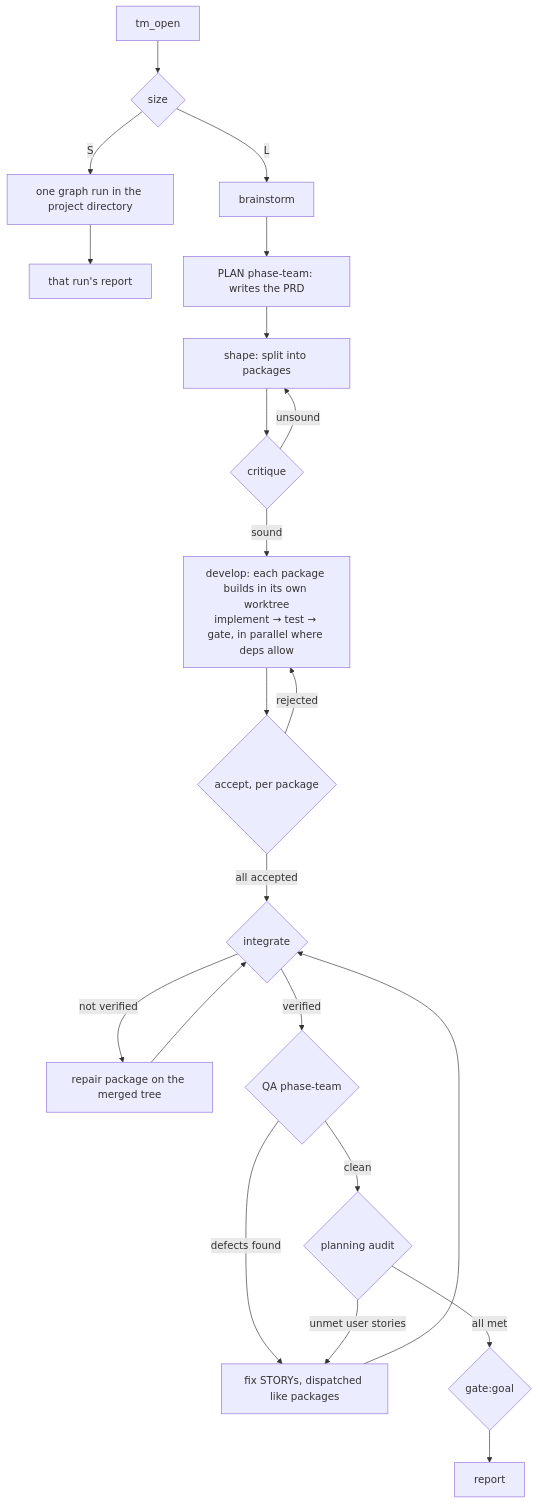
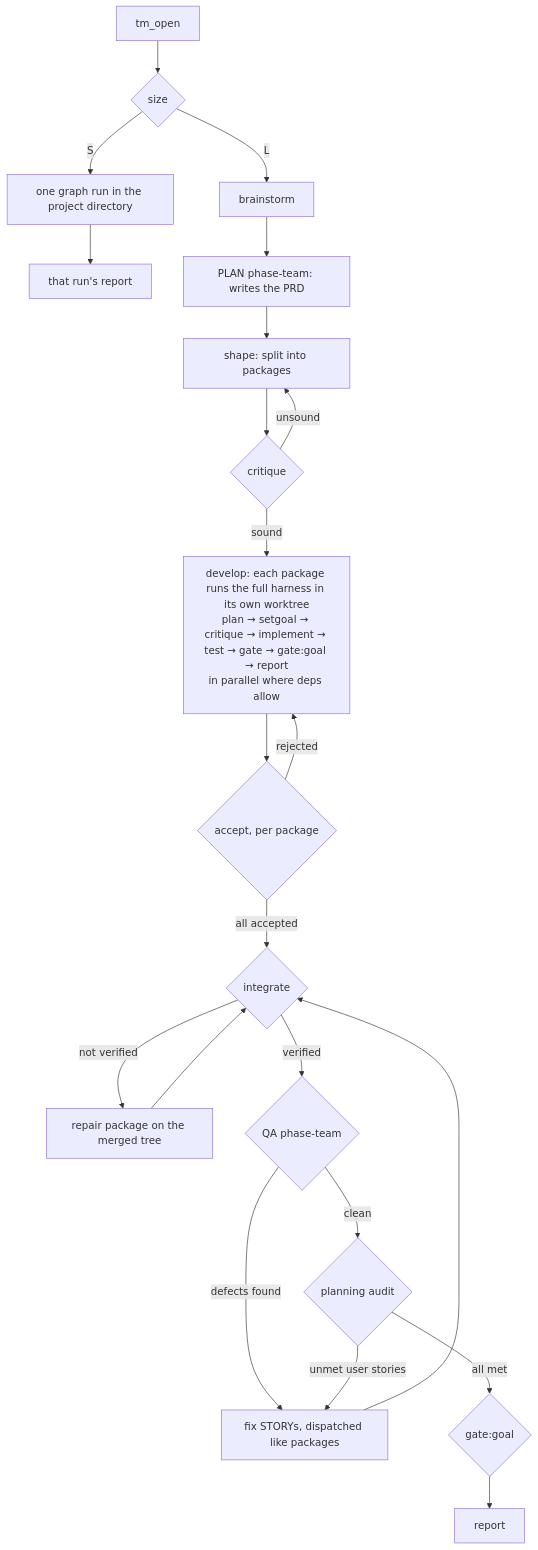
Before and after one commit to newkayak12/claude-skills: the second of 5 diagrams in teams/README.md, drawn with Mermaid. The commit also changed other lines of this file and 15 other files, not shown here.

````diff
--- a/teams/README.md
+++ b/teams/README.md
@@ -65,24 +65,24 @@
 ```mermaid
 flowchart TD
   OPEN["tm_open"] --> SIZE{"size"}
   SIZE -->|"S"| SRUN["one graph run in the project directory"]
   SRUN --> SREP["that run's report"]
   SIZE -->|"L"| BS["brainstorm"]
   BS --> PLAN["PLAN phase-team: writes the PRD"]
   PLAN --> SHAPE["shape: split into packages"]
   SHAPE --> CRIT{"critique"}
   CRIT -->|"unsound"| SHAPE
-  CRIT -->|"sound"| DISP["develop: each package builds in its own worktree<br/>implement → test → gate, in parallel where deps allow"]
+  CRIT -->|"sound"| DISP["develop: each package runs the full harness in its own worktree<br/>plan → setgoal → critique → implement → test → gate → gate:goal → report<br/>in parallel where deps allow"]
   DISP --> ACC{"accept, per package"}
   ACC -->|"rejected"| DISP
   ACC -->|"all accepted"| INT{"integrate"}
   INT -->|"not verified"| REPAIR["repair package on the merged tree"]
   REPAIR --> INT
   INT -->|"verified"| QA{"QA phase-team"}
   QA -->|"defects found"| FIX["fix STORYs, dispatched like packages"]
   FIX --> INT
   QA -->|"clean"| AUDIT{"planning audit"}
   AUDIT -->|"unmet user stories"| FIX
   AUDIT -->|"all met"| GOAL{"gate:goal"}
   GOAL --> REPORT["report"]
 ```
````
